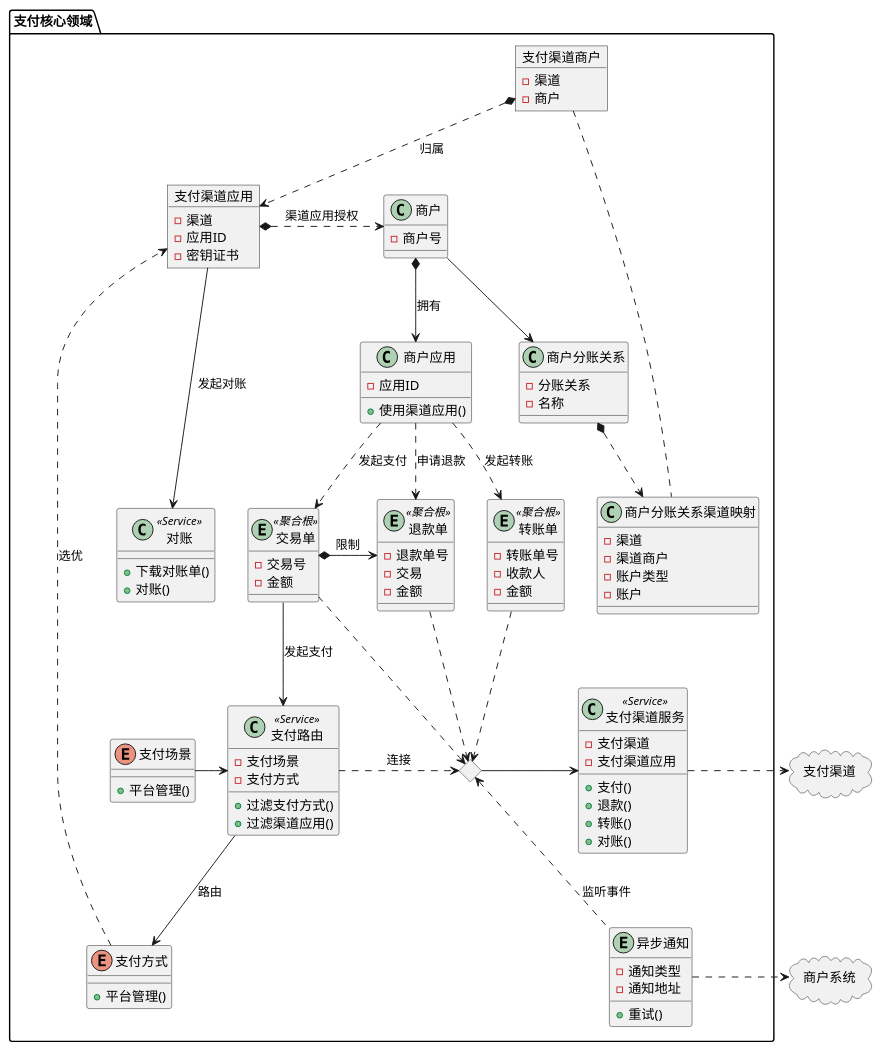
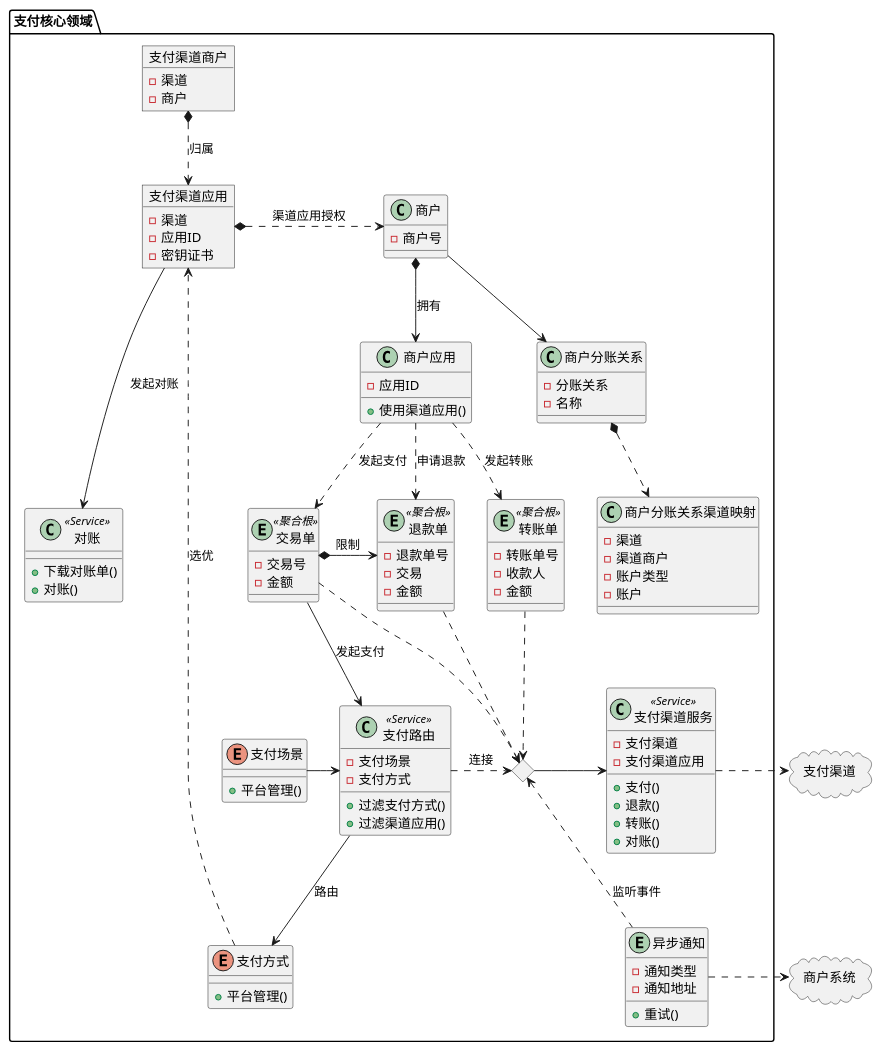
Before and after one commit to red-jasmine/docs: the second of 2 diagrams in docs/payments/index.md, drawn with PlantUML.

Commit message:
docs(payments): 更新商户和支付渠道关系图
- 移除了支付渠道商户与商户分账关系渠道映射之间的关联
- 优化了商户、支付渠道应用和商户应用之间的关系表示

```diff
--- a/docs/payments/index.md
+++ b/docs/payments/index.md
@@ -114,7 +114,6 @@
 商户分账关系 *..> 商户分账关系渠道映射
 支付渠道应用 *.> 商户: 渠道应用授权
 
-支付渠道商户 .. 商户分账关系渠道映射
 
 商户 *-->  商户应用:拥有
 
```
